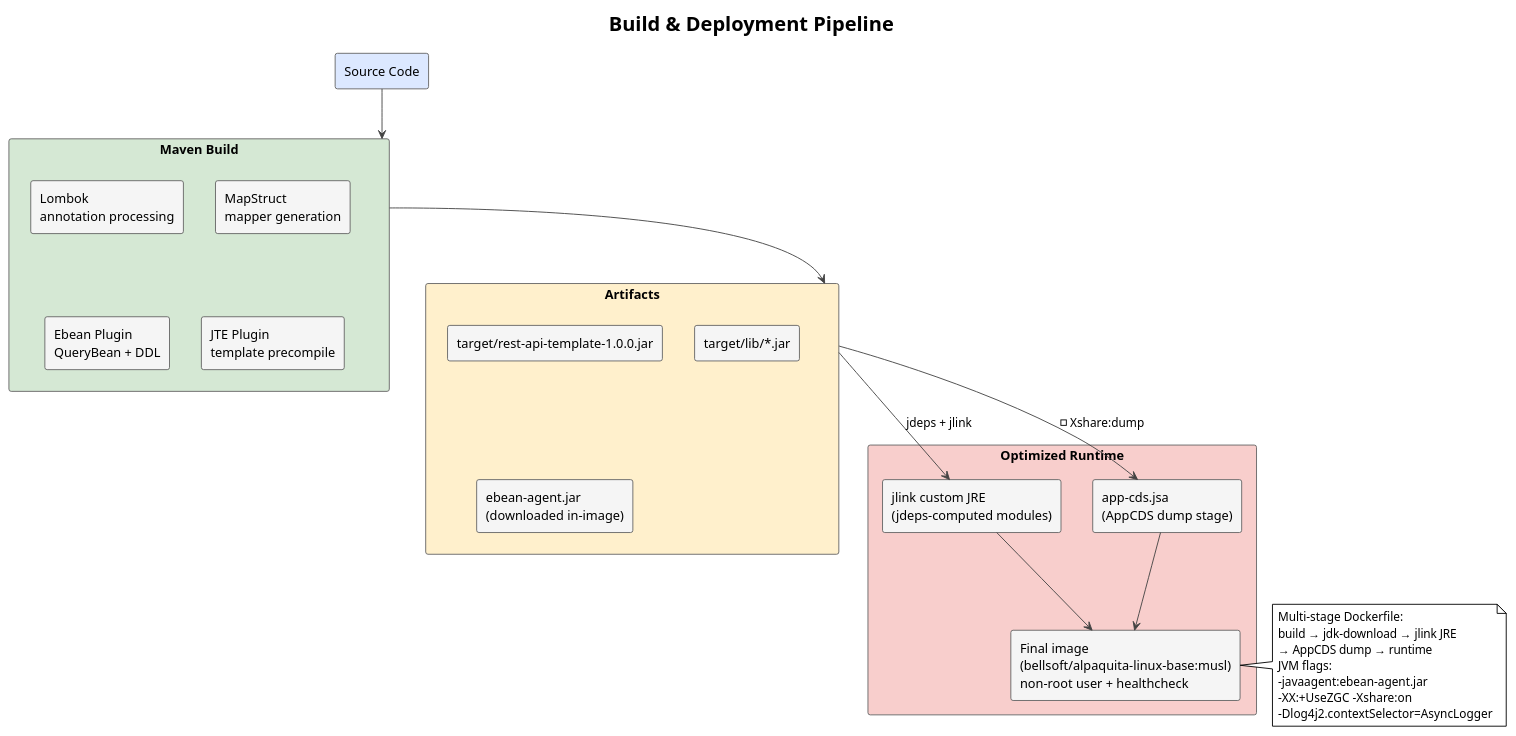
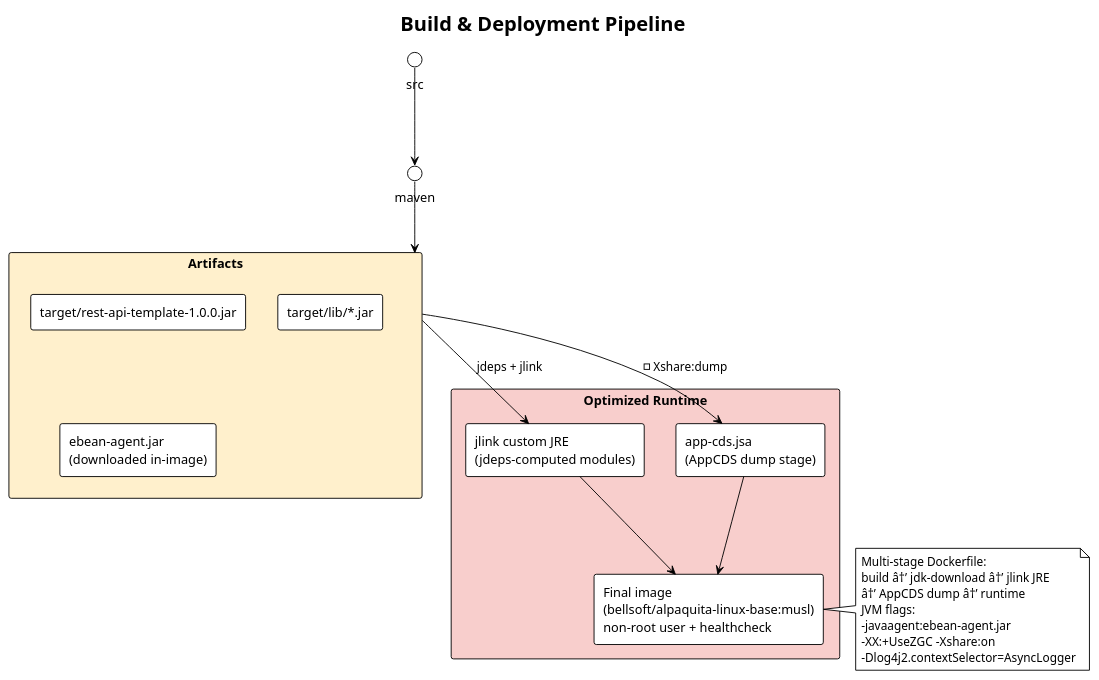
The fifth of 5 diagrams in docs/architecture.md (batzorigt/rest-api-template), drawn with PlantUML before and after one commit. The commit also changed other lines of this file and 4 other files, not shown here.

````diff
--- a/docs/architecture.md
+++ b/docs/architecture.md
@@ -595,51 +329,37 @@
 ```plantuml
 @startuml Build
 !theme plain
 title Build & Deployment Pipeline
 
-skinparam rectangle {
-  BorderColor #666666
-  BackgroundColor #f5f5f5
-}
-skinparam ArrowColor #444444
-
-rectangle "Source Code" as src #dce8ff
-
-rectangle "Maven Build" as maven #d5e8d4 {
-  rectangle "Lombok\nannotation processing" as lombok
-  rectangle "MapStruct\nmapper generation" as mapstruct
-  rectangle "Ebean Plugin\nQueryBean + DDL" as ebean
-  rectangle "JTE Plugin\ntemplate precompile" as jte
-}
 
 rectangle "Artifacts" as artifacts #fff0cc {
   rectangle "target/rest-api-template-1.0.0.jar" as jar
   rectangle "target/lib/*.jar" as libs
   rectangle "ebean-agent.jar\n(downloaded in-image)" as agent
 }
 
 rectangle "Optimized Runtime" as deploy #f8cecc {
   rectangle "jlink custom JRE\n(jdeps-computed modules)" as jre
   rectangle "app-cds.jsa\n(AppCDS dump stage)" as cds
   rectangle "Final image\n(bellsoft/alpaquita-linux-base:musl)\nnon-root user + healthcheck" as docker
 }
 
 src --> maven
 maven --> artifacts
 artifacts --> jre : "jdeps + jlink"
 artifacts --> cds : "-Xshare:dump"
 jre --> docker
 cds --> docker
 
 note right of docker
   Multi-stage Dockerfile:
-  build → jdk-download → jlink JRE
-  → AppCDS dump → runtime
+  build â†’ jdk-download â†’ jlink JRE
+  â†’ AppCDS dump â†’ runtime
   JVM flags:
   -javaagent:ebean-agent.jar
   -XX:+UseZGC -Xshare:on
   -Dlog4j2.contextSelector=AsyncLogger
 end note
 
 @enduml
 ```
````
